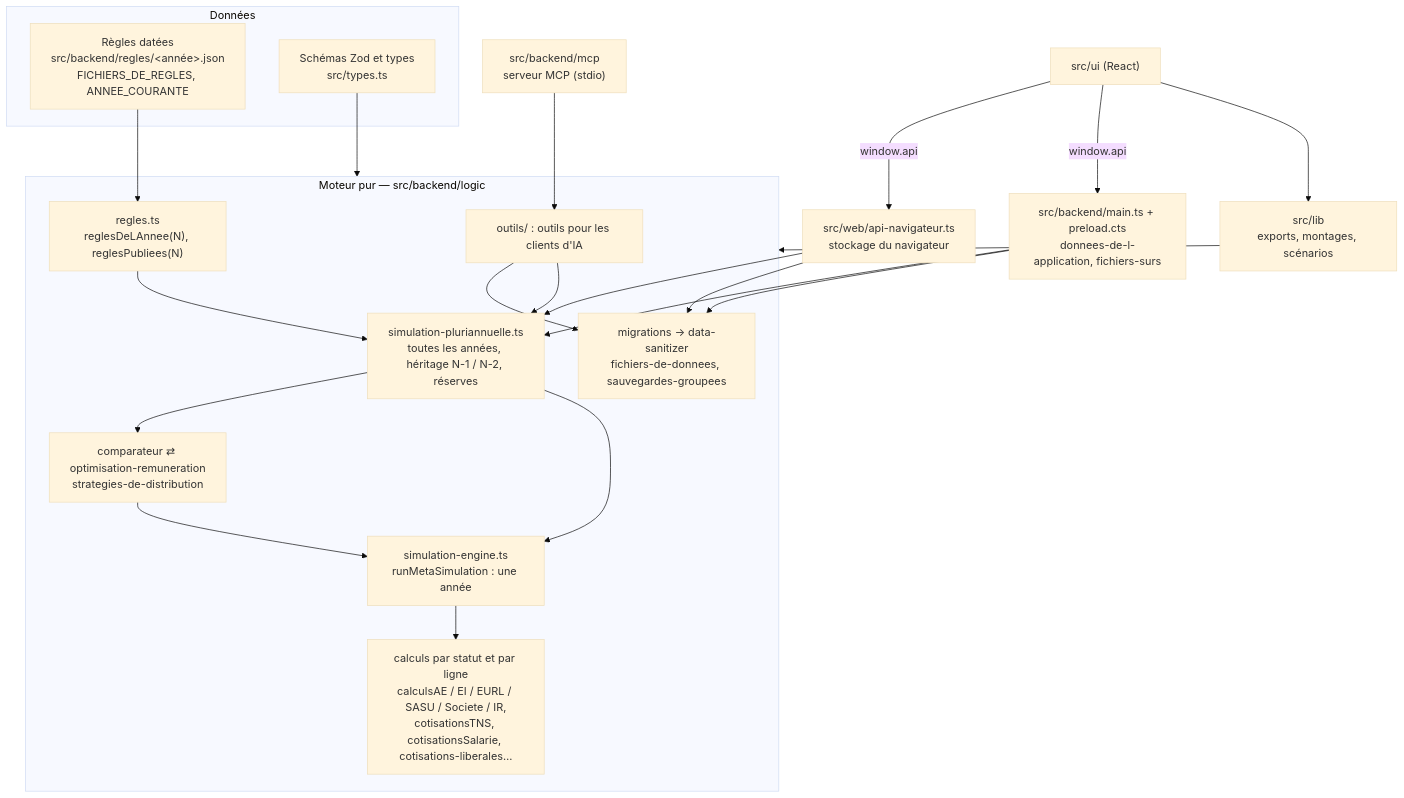
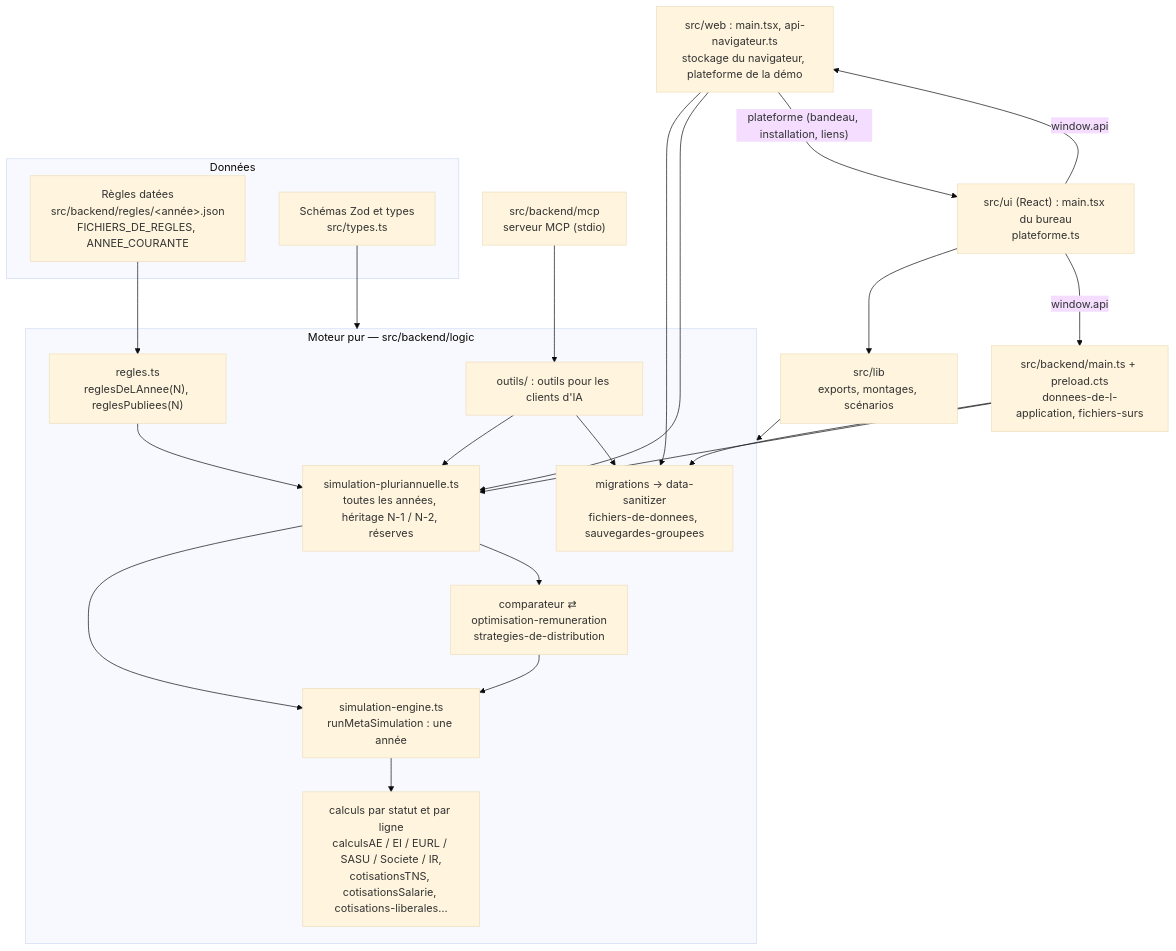
One commit to DamienBecherini/simulateur-independant-fr changed the first of 2 diagrams in documentation/GUIDE_DEVELOPPEUR.md. Above: the diagram before and after it, drawn with Mermaid (base theme). The commit also changed other lines of this file and 24 other files, not shown here.

Commit message:
refactor: Chaque cible a sa racine de composition qui fournit à l'interface la plateforme de la démo, l'interface n'importe plus la démo web, les calculs des deux ponts sont communs et ESLint vérifie les sens de dépendance

````diff
--- a/documentation/GUIDE_DEVELOPPEUR.md
+++ b/documentation/GUIDE_DEVELOPPEUR.md
@@ -105,36 +105,37 @@
 ```mermaid
 flowchart TD
   subgraph Donnees["Données"]
     REGLES["Règles datées<br/>src/backend/regles/&lt;année&gt;.json<br/>FICHIERS_DE_REGLES, ANNEE_COURANTE"]
     TYPES["Schémas Zod et types<br/>src/types.ts"]
   end
   subgraph Moteur["Moteur pur — src/backend/logic"]
     PERS["migrations → data-sanitizer<br/>fichiers-de-donnees, sauvegardes-groupees"]
     R["regles.ts<br/>reglesDeLAnnee(N), reglesPubliees(N)"]
     PLURI["simulation-pluriannuelle.ts<br/>toutes les années, héritage N-1 / N-2, réserves"]
     ENG["simulation-engine.ts<br/>runMetaSimulation : une année"]
     CALC["calculs par statut et par ligne<br/>calculsAE / EI / EURL / SASU / Societe / IR,<br/>cotisationsTNS, cotisationsSalarie, cotisations-liberales…"]
     COMP["comparateur ⇄ optimisation-remuneration<br/>strategies-de-distribution"]
     OUT["outils/ : outils pour les clients d'IA"]
   end
   MCP["src/backend/mcp<br/>serveur MCP (stdio)"]
   MAIN["src/backend/main.ts + preload.cts<br/>donnees-de-l-application, fichiers-surs"]
-  WEB["src/web/api-navigateur.ts<br/>stockage du navigateur"]
+  WEB["src/web : main.tsx, api-navigateur.ts<br/>stockage du navigateur, plateforme de la démo"]
   LIB["src/lib<br/>exports, montages, scénarios"]
-  UI["src/ui (React)"]
+  UI["src/ui (React) : main.tsx du bureau<br/>plateforme.ts"]
 
   TYPES --> Moteur
   REGLES --> R --> PLURI --> ENG --> CALC
   PLURI --> COMP --> ENG
   OUT --> PLURI
   OUT --> PERS
   MCP --> OUT
   MAIN --> PERS
   MAIN --> PLURI
   WEB --> PERS
   WEB --> PLURI
   LIB --> Moteur
   UI --> LIB
   UI -->|window.api| MAIN
   UI -->|window.api| WEB
+  WEB -->|"plateforme (bandeau, installation, liens)"| UI
 ```
````
